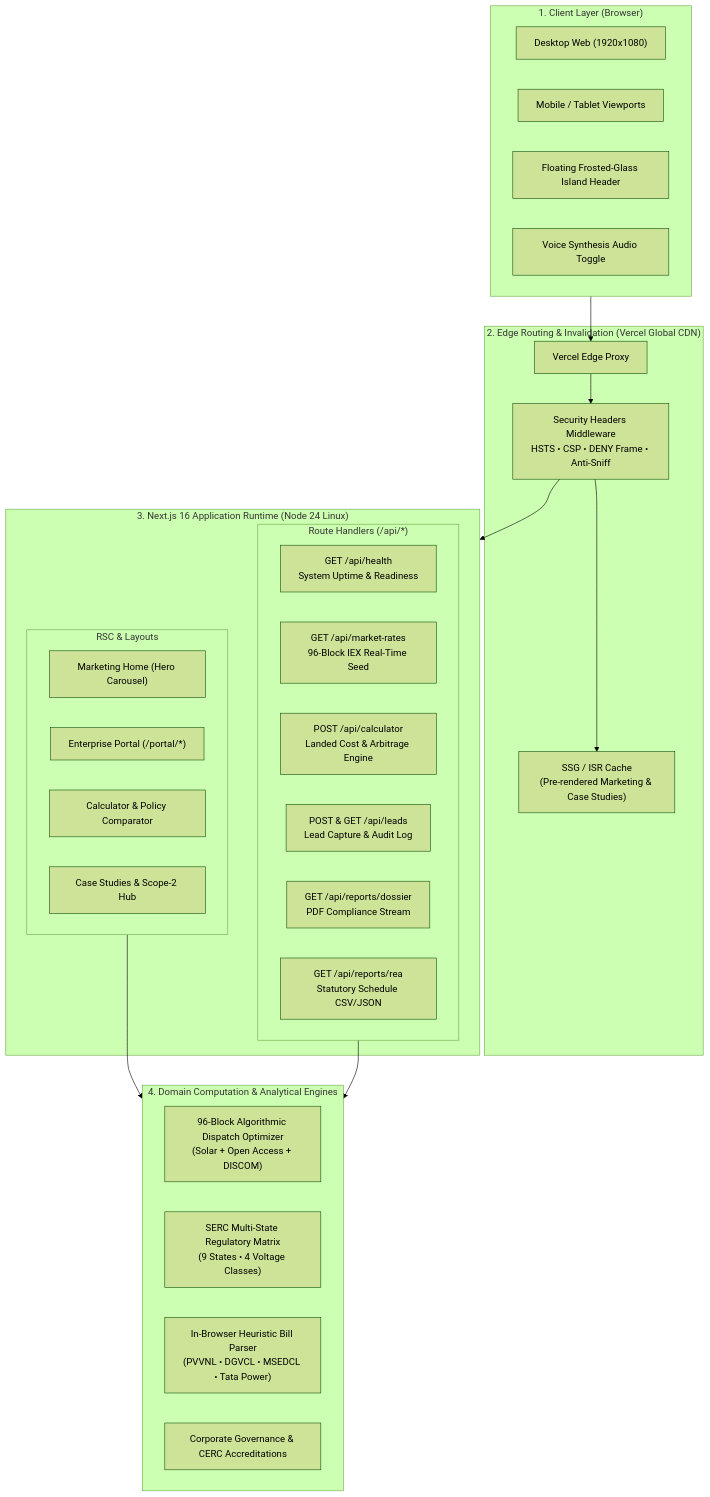
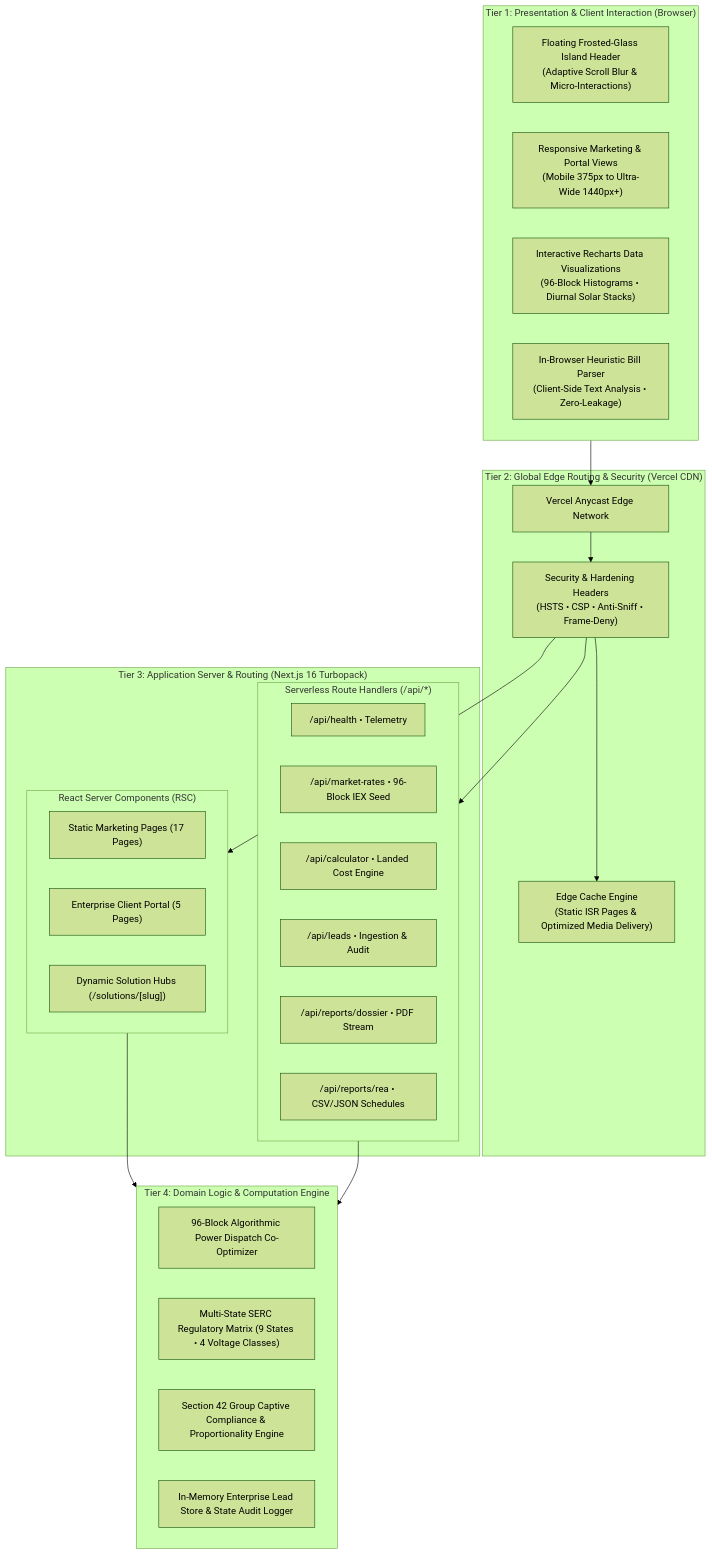
The first of 4 diagrams in PROJECT_ANALYSIS_REPORT.md (raviprateek2-dotcom/TN-Energy), drawn with Mermaid (forest theme) before and after one commit. The commit also changed other lines of this file, not shown here.

Commit message:
docs: expand project report with formal front matter, 34-page inventory, and architecture diagrams

````diff
--- a/PROJECT_ANALYSIS_REPORT.md
+++ b/PROJECT_ANALYSIS_REPORT.md
@@ -114,47 +357,46 @@
 ```mermaid
 flowchart TD
-    subgraph Client["1. Client Layer (Browser)"]
-        UI_Desktop["Desktop Web (1920x1080)"]
-        UI_Mobile["Mobile / Tablet Viewports"]
-        UI_Capsule["Floating Frosted-Glass Island Header"]
-        UI_Voice["Voice Synthesis Audio Toggle"]
+    subgraph Tier1["Tier 1: Presentation & Client Interaction (Browser)"]
+        UI_Capsule["Floating Frosted-Glass Island Header\n(Adaptive Scroll Blur & Micro-Interactions)"]
+        UI_Views["Responsive Marketing & Portal Views\n(Mobile 375px to Ultra-Wide 1440px+)"]
+        UI_Charts["Interactive Recharts Data Visualizations\n(96-Block Histograms • Diurnal Solar Stacks)"]
+        UI_OCR["In-Browser Heuristic Bill Parser\n(Client-Side Text Analysis • Zero-Leakage)"]
     end
 
-    subgraph CDN["2. Edge Routing & Invalidation (Vercel Global CDN)"]
-        Edge_Router["Vercel Edge Proxy"]
-        Sec_Headers["Security Headers Middleware\nHSTS • CSP • DENY Frame • Anti-Sniff"]
-        Static_Cache["SSG / ISR Cache\n(Pre-rendered Marketing & Case Studies)"]
+    subgraph Tier2["Tier 2: Global Edge Routing & Security (Vercel CDN)"]
+        Edge_Proxy["Vercel Anycast Edge Network"]
+        Sec_Middleware["Security & Hardening Headers\n(HSTS • CSP • Anti-Sniff • Frame-Deny)"]
+        Edge_Cache["Edge Cache Engine\n(Static ISR Pages & Optimized Media Delivery)"]
     end
 
-    subgraph AppRouter["3. Next.js 16 Application Runtime (Node 24 Linux)"]
-        subgraph ServerComponents["RSC & Layouts"]
-            Page_Home["Marketing Home (Hero Carousel)"]
-            Page_Portal["Enterprise Portal (/portal/*)"]
-            Page_Tools["Calculator & Policy Comparator"]
-            Page_Cases["Case Studies & Scope-2 Hub"]
+    subgraph Tier3["Tier 3: Application Server & Routing (Next.js 16 Turbopack)"]
+        subgraph RSC["React Server Components (RSC)"]
+            Page_Mkt["Static Marketing Pages (17 Pages)"]
+            Page_Port["Enterprise Client Portal (5 Pages)"]
+            Page_Dyn["Dynamic Solution Hubs (/solutions/[slug])"]
         end
-
-        subgraph ServerlessAPI["Route Handlers (/api/*)"]
-            API_Health["GET /api/health\nSystem Uptime & Readiness"]
-            API_Market["GET /api/market-rates\n96-Block IEX Real-Time Seed"]
-            API_Calc["POST /api/calculator\nLanded Cost & Arbitrage Engine"]
-            API_Leads["POST & GET /api/leads\nLead Capture & Audit Log"]
-            API_Dossier["GET /api/reports/dossier\nPDF Compliance Stream"]
-            API_REA["GET /api/reports/rea\nStatutory Schedule CSV/JSON"]
+        subgraph ServerlessAPI["Serverless Route Handlers (/api/*)"]
+            API_H["/api/health • Telemetry"]
+            API_M["/api/market-rates • 96-Block IEX Seed"]
+            API_C["/api/calculator • Landed Cost Engine"]
+            API_L["/api/leads • Ingestion & Audit"]
+            API_D["/api/reports/dossier • PDF Stream"]
+            API_R["/api/reports/rea • CSV/JSON Schedules"]
         end
     end
 
-    subgraph DomainEngines["4. Domain Computation & Analytical Engines"]
-        Engine_Dispatch["96-Block Algorithmic Dispatch Optimizer\n(Solar + Open Access + DISCOM)"]
-        Engine_Tariff["SERC Multi-State Regulatory Matrix\n(9 States • 4 Voltage Classes)"]
-        Engine_OCR["In-Browser Heuristic Bill Parser\n(PVVNL • DGVCL • MSEDCL • Tata Power)"]
-        Engine_Brand["Corporate Governance & CERC Accreditations"]
+    subgraph Tier4["Tier 4: Domain Logic & Computation Engine"]
+        Engine_CoOpt["96-Block Algorithmic Power Dispatch Co-Optimizer"]
+        Engine_SERC["Multi-State SERC Regulatory Matrix (9 States • 4 Voltage Classes)"]
+        Engine_Captive["Section 42 Group Captive Compliance & Proportionality Engine"]
+        Store_Memory["In-Memory Enterprise Lead Store & State Audit Logger"]
     end
 
-    Client --> Edge_Router
-    Edge_Router --> Sec_Headers
-    Sec_Headers --> Static_Cache
-    Sec_Headers --> AppRouter
-    ServerComponents --> DomainEngines
-    ServerlessAPI --> DomainEngines
+    Tier1 --> Edge_Proxy
+    Edge_Proxy --> Sec_Middleware
+    Sec_Middleware --> Edge_Cache
+    Sec_Middleware --> RSC
+    Sec_Middleware --> ServerlessAPI
+    RSC --> Tier4
+    ServerlessAPI --> Tier4
 ```
````
